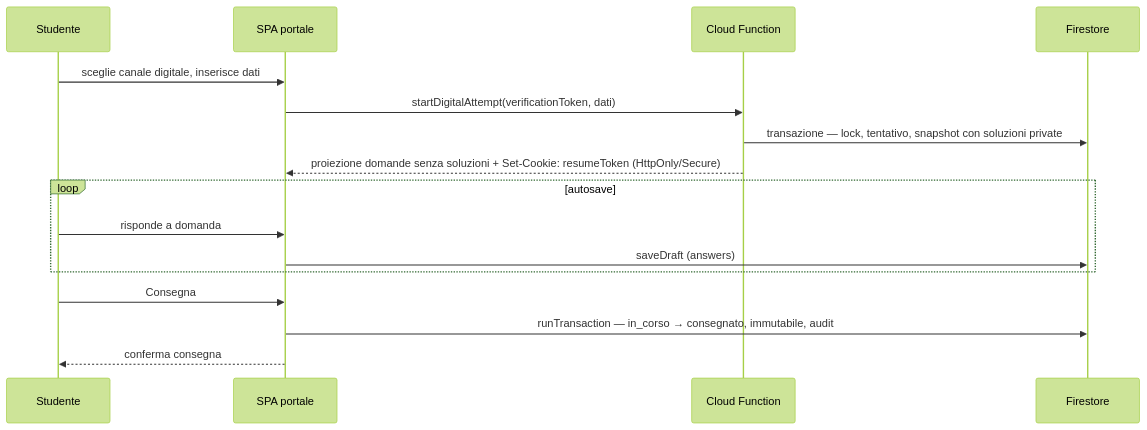
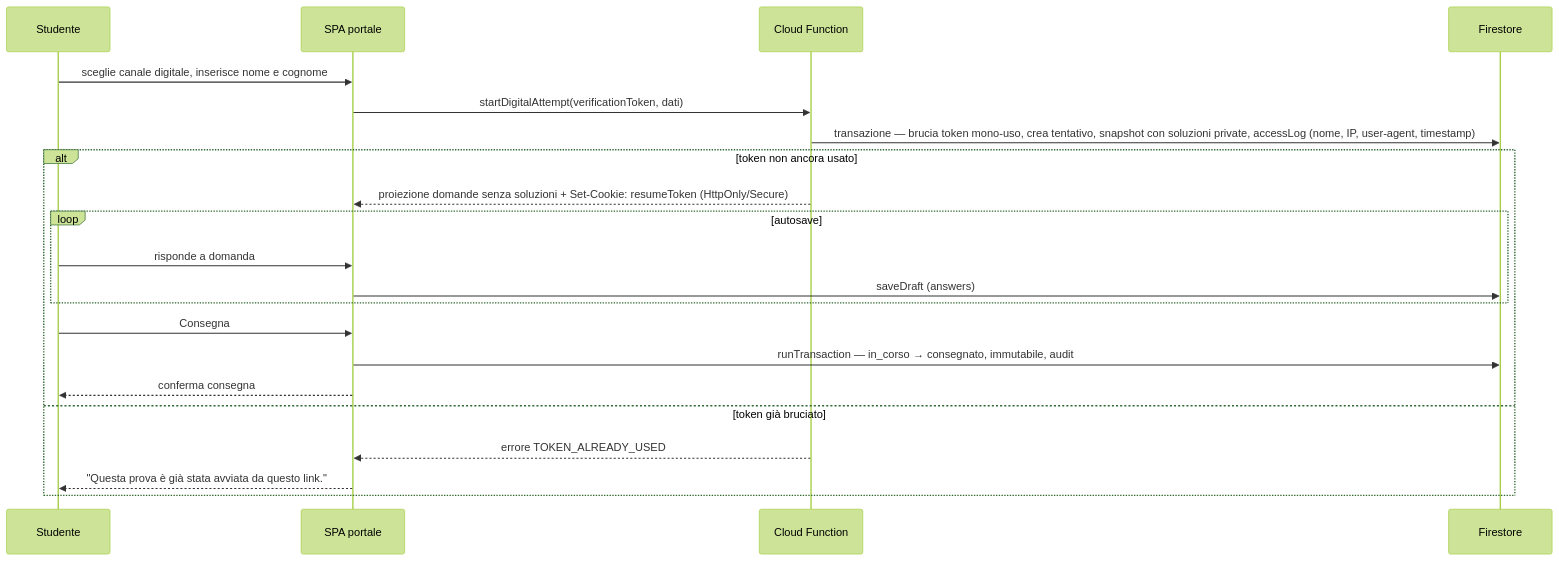
The second of 2 diagrams in documentazione/diagrammi/sequence-pubblicazione-verifica.md (EnricoPaparo/SchoolForge), drawn with Mermaid (forest theme) before and after one commit. The commit also changed other lines of this file and 17 other files, not shown here.

````diff
--- a/documentazione/diagrammi/sequence-pubblicazione-verifica.md
+++ b/documentazione/diagrammi/sequence-pubblicazione-verifica.md
@@ -30,21 +27,24 @@
 ```mermaid
 sequenceDiagram
     participant S as Studente
     participant SPA as SPA portale
     participant CF as Cloud Function
     participant F as Firestore
 
-    S->>SPA: sceglie canale digitale, inserisce dati
+    S->>SPA: sceglie canale digitale, inserisce nome e cognome
     SPA->>CF: startDigitalAttempt(verificationToken, dati)
-    CF->>F: transazione — lock, tentativo, snapshot con soluzioni private
-    CF-->>SPA: proiezione domande senza soluzioni + Set-Cookie: resumeToken (HttpOnly/Secure)
-
-    loop autosave
-        S->>SPA: risponde a domanda
-        SPA->>F: saveDraft (answers)
+    CF->>F: transazione — brucia token mono-uso, crea tentativo, snapshot con soluzioni private, accessLog (nome, IP, user-agent, timestamp)
+    alt token non ancora usato
+        CF-->>SPA: proiezione domande senza soluzioni + Set-Cookie: resumeToken (HttpOnly/Secure)
+        loop autosave
+            S->>SPA: risponde a domanda
+            SPA->>F: saveDraft (answers)
+        end
+        S->>SPA: Consegna
+        SPA->>F: runTransaction — in_corso → consegnato, immutabile, audit
+        SPA-->>S: conferma consegna
+    else token già bruciato
+        CF-->>SPA: errore TOKEN_ALREADY_USED
+        SPA-->>S: "Questa prova è già stata avviata da questo link."
     end
-
-    S->>SPA: Consegna
-    SPA->>F: runTransaction — in_corso → consegnato, immutabile, audit
-    SPA-->>S: conferma consegna
 ```
````
